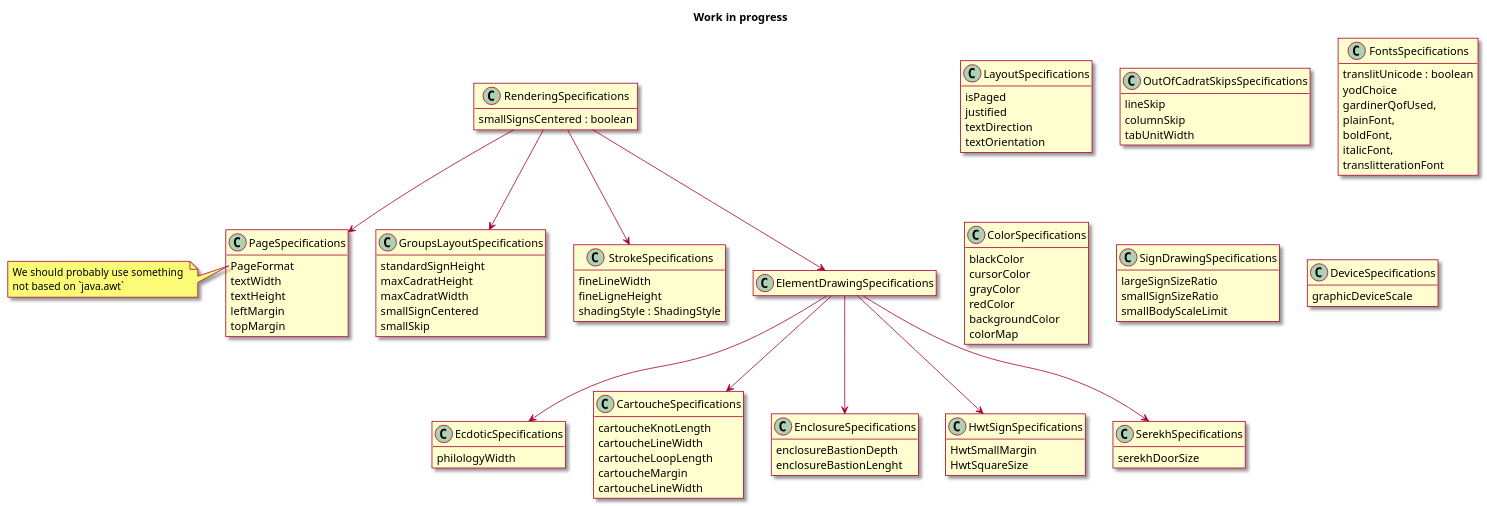
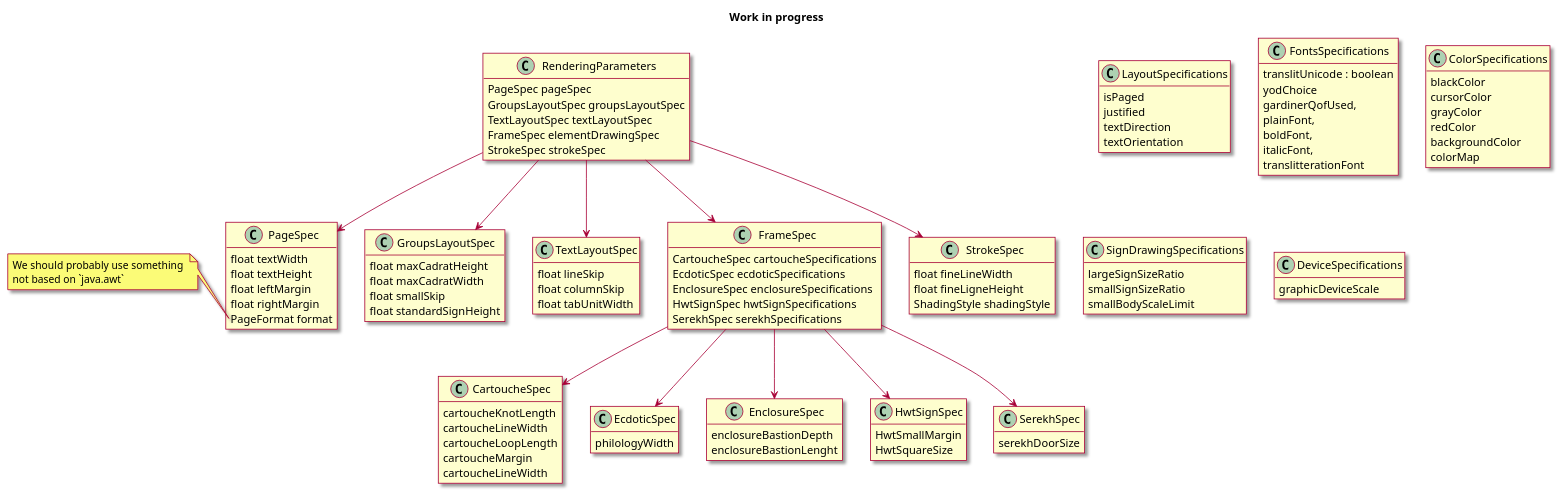
One commit to rosmord/jsesh changed the second of 2 diagrams in 00_Documents/UML/analysis/drawingPrefs.md. Above: the diagram before and after it, drawn with PlantUML. The commit also changed other lines of this file and 33 other files, not shown here.

```diff
--- a/00_Documents/UML/analysis/drawingPrefs.md
+++ b/00_Documents/UML/analysis/drawingPrefs.md
@@ -414,77 +417,12 @@
 skin rose
 hide empty members
 
-class RenderingSpecifications {
-		smallSignsCentered : boolean		
-}
-
-class PageSpecifications {
-  PageFormat
-  textWidth
-  textHeight
-  leftMargin
-  topMargin
-}
-
-note left of PageSpecifications::PageFormat
-We should probably use something 
-not based on `java.awt`
-end note
 
 class LayoutSpecifications {
   isPaged
   justified
   textDirection
   textOrientation
-}
-
-
-class GroupsLayoutSpecifications {
-  standardSignHeight
-  maxCadratHeight
-  maxCadratWidth
-  smallSignCentered
-  smallSkip  
-}
-
-class StrokeSpecifications {
-		fineLineWidth
-		fineLigneHeight
-		shadingStyle : ShadingStyle
-}
-
-
-class OutOfCadratSkipsSpecifications {
-  lineSkip
-  columnSkip
-  tabUnitWidth
-}
-
-
-class EcdoticSpecifications {
-  philologyWidth  
-}
-
-class CartoucheSpecifications {
-    cartoucheKnotLength
-    cartoucheLineWidth
-    cartoucheLoopLength
-    cartoucheMargin
-    cartoucheLineWidth
-}
-
-class EnclosureSpecifications {
-    enclosureBastionDepth
-    enclosureBastionLenght
-}
-
-class HwtSignSpecifications {
-    HwtSmallMargin
-    HwtSquareSize
-}
-
-class SerekhSpecifications {
-  serekhDoorSize
 }
 
 class FontsSpecifications {
@@ -517,17 +455,99 @@
   graphicDeviceScale
 }
 
-RenderingSpecifications --> GroupsLayoutSpecifications
-RenderingSpecifications --> ElementDrawingSpecifications
-RenderingSpecifications --> PageSpecifications 
-RenderingSpecifications --> StrokeSpecifications 
+class RenderingParameters {
+		PageSpec pageSpec
+		GroupsLayoutSpec groupsLayoutSpec
+		TextLayoutSpec textLayoutSpec
+		FrameSpec elementDrawingSpec
+		StrokeSpec strokeSpec
+}
+
+RenderingParameters --> PageSpec
+RenderingParameters --> GroupsLayoutSpec
+RenderingParameters --> TextLayoutSpec
+RenderingParameters --> FrameSpec
+RenderingParameters --> StrokeSpec
 
 
-ElementDrawingSpecifications --> CartoucheSpecifications
-ElementDrawingSpecifications --> EcdoticSpecifications
-ElementDrawingSpecifications --> EnclosureSpecifications
-ElementDrawingSpecifications --> HwtSignSpecifications
-ElementDrawingSpecifications --> SerekhSpecifications
+class PageSpec {
+    float textWidth
+		float textHeight
+		float leftMargin
+		float rightMargin
+		PageFormat format
+}
+
+
+class GroupsLayoutSpec {
+  	float maxCadratHeight
+		float maxCadratWidth
+		float smallSkip
+		float standardSignHeight
+}
+
+note left of PageSpec::PageFormat
+We should probably use something 
+not based on `java.awt`
+end note
+
+class TextLayoutSpec {
+        float lineSkip
+        float columnSkip
+        float tabUnitWidth
+}
+
+
+class FrameSpec {
+  CartoucheSpec cartoucheSpecifications
+  EcdoticSpec ecdoticSpecifications
+  EnclosureSpec enclosureSpecifications
+  HwtSignSpec hwtSignSpecifications
+  SerekhSpec serekhSpecifications
+}
+
+
+FrameSpec --> CartoucheSpec
+FrameSpec --> EcdoticSpec
+FrameSpec --> EnclosureSpec
+FrameSpec --> HwtSignSpec
+FrameSpec --> SerekhSpec
+
+class StrokeSpec {
+    float fineLineWidth
+		float fineLigneHeight
+		ShadingStyle shadingStyle
+}
+
+class EcdoticSpec {
+  philologyWidth  
+}
+
+class CartoucheSpec {
+    cartoucheKnotLength
+    cartoucheLineWidth
+    cartoucheLoopLength
+    cartoucheMargin
+    cartoucheLineWidth
+}
+
+class EnclosureSpec {
+    enclosureBastionDepth
+    enclosureBastionLenght
+}
+
+class HwtSignSpec {
+    HwtSmallMargin
+    HwtSquareSize
+}
+
+class SerekhSpec {
+  serekhDoorSize
+}
+
+
+
+
 
 @enduml
 ~~~
```
